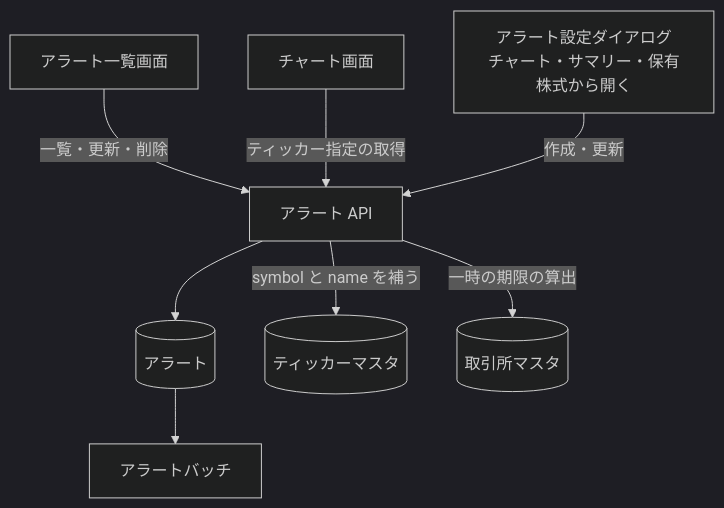
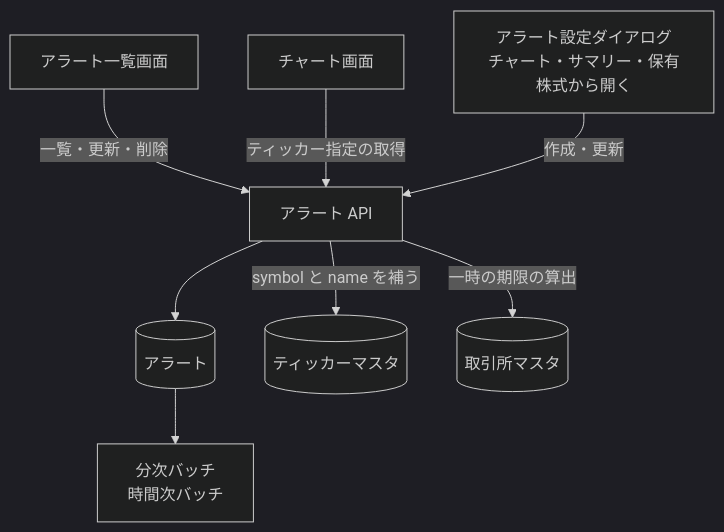
One commit to nagiyu/nagiyu-platform changed the diagram in docs/specs/stock-tracker/api/alerts.md. Above: the diagram before and after it, drawn with Mermaid (dark theme). The commit also changed other lines of this file and 26 other files, not shown here.

````diff
--- a/docs/specs/stock-tracker/api/alerts.md
+++ b/docs/specs/stock-tracker/api/alerts.md
@@ -79,10 +79,10 @@
 ```mermaid
 flowchart TD
     S1[アラート一覧画面] -->|一覧・更新・削除| A[アラート API]
     S2[チャート画面] -->|ティッカー指定の取得| A
     S3[アラート設定ダイアログ<br/>チャート・サマリー・保有株式から開く] -->|作成・更新| A
     A --> D[(アラート)]
     A -->|symbol と name を補う| T[(ティッカーマスタ)]
     A -->|一時の期限の算出| E[(取引所マスタ)]
-    D --> B[アラートバッチ]
+    D --> B[分次バッチ<br/>時間次バッチ]
 ```
````
